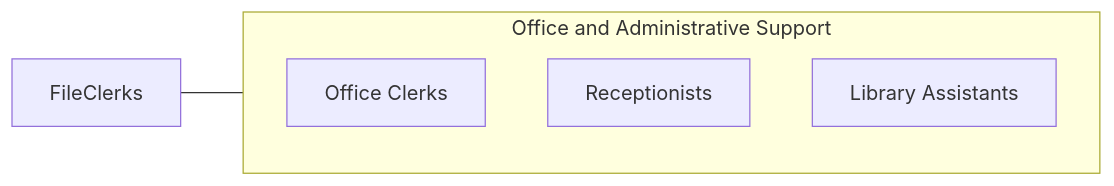
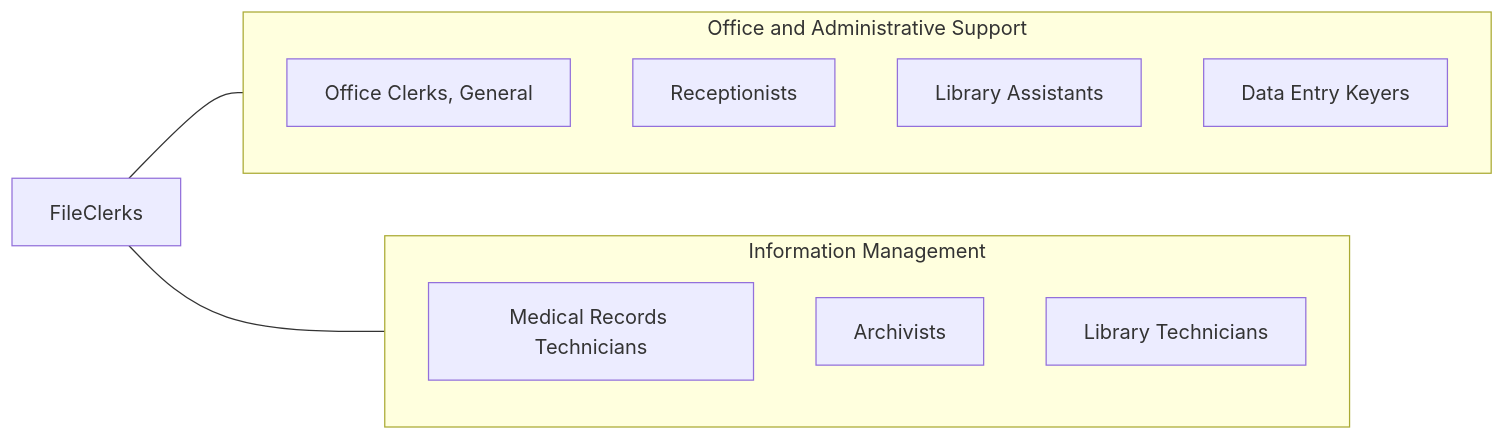
Before and after one commit to kziemski/business.org.ai: the fourth of 4 diagrams in occupations/Administrative/FileClerks.mdx, drawn with Mermaid. The commit also changed other lines of this file and 19 other files, not shown here.

````diff
--- a/occupations/Administrative/FileClerks.mdx
+++ b/occupations/Administrative/FileClerks.mdx
@@ -100,10 +228,20 @@
 ```mermaid
 graph LR
     Current["FileClerks"]
+
     subgraph SameCategory["Office and Administrative Support"]
-        ROfficeClerks["Office Clerks"]
-        RReceptionists["Receptionists"]
-        RLibraryAssistants["Library Assistants"]
+        OfficeClerks["Office Clerks, General"]
+        Receptionists["Receptionists"]
+        LibraryAssistants["Library Assistants"]
+        DataEntryKeyers["Data Entry Keyers"]
     end
+
+    subgraph CrossFunctional["Information Management"]
+        MedicalRecordsTechs["Medical Records Technicians"]
+        Archivists["Archivists"]
+        LibraryTechnicians["Library Technicians"]
+    end
+
     Current --- SameCategory
+    Current --- CrossFunctional
 ```
````
